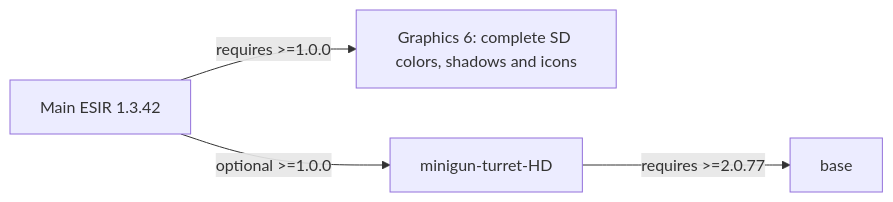
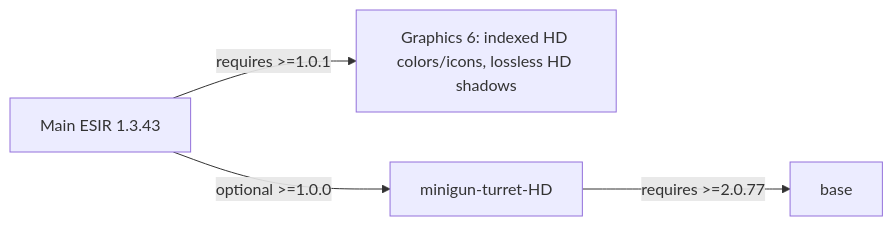
One commit to aRighteousGod/exotic-space-industries-remembrance changed the diagram in .codex/esir/blueprints/minigun-turret-graphics.md. Above: the diagram before and after it, drawn with Mermaid. The commit also changed other lines of this file and 246 other files, not shown here.

````diff
--- a/.codex/esir/blueprints/minigun-turret-graphics.md
+++ b/.codex/esir/blueprints/minigun-turret-graphics.md
@@ -106,6 +140,6 @@
 ```mermaid
 flowchart LR
-    ESIR["Main ESIR 1.3.42"] -->|"requires >=1.0.0"| G6["Graphics 6: complete SD colors, shadows and icons"]
+    ESIR["Main ESIR 1.3.43"] -->|"requires >=1.0.1"| G6["Graphics 6: indexed HD colors/icons, lossless HD shadows"]
     ESIR -->|"optional >=1.0.0"| HD["minigun-turret-HD"]
     HD -->|"requires >=2.0.77"| BASE["base"]
 ```
````
